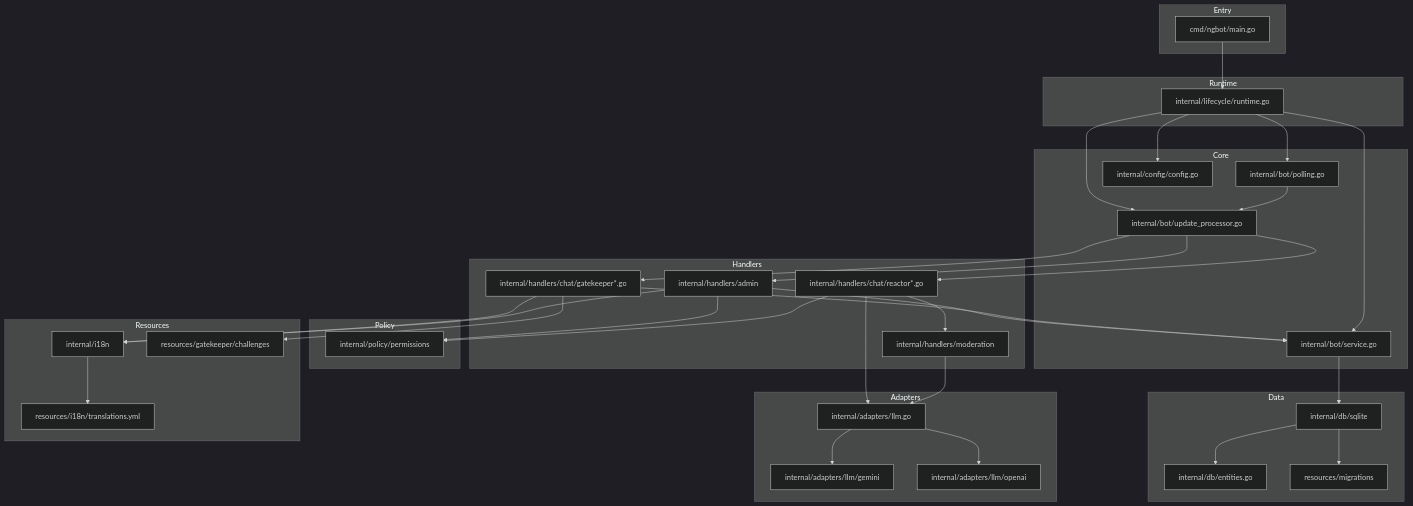
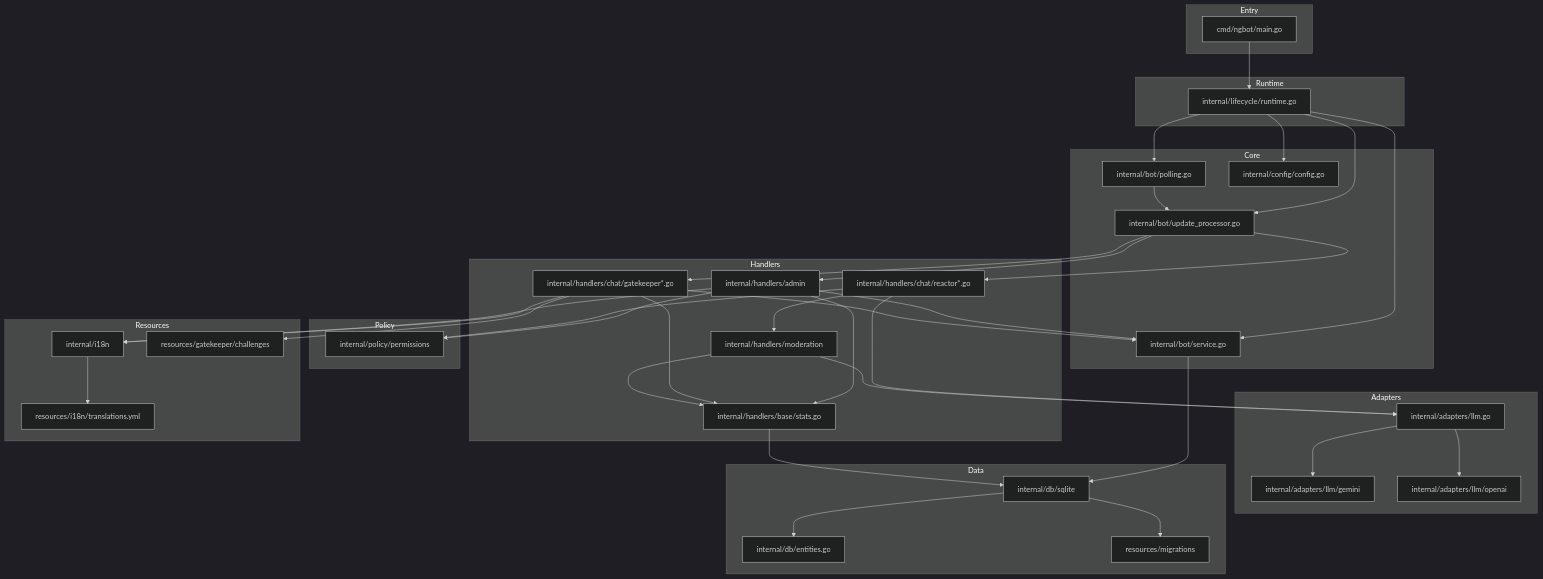
The first of 10 diagrams in docs/CODEBASE_MAP.md (iamwavecut/ngbot), drawn with Mermaid (dark theme) before and after one commit. The commit also changed other lines of this file and 6 other files, not shown here.

Commit message:
feat: update CODEBASE_MAP with new last mapped date and total files/tokens; enhance ngbot description with daily statistics tracking, and add new stats subsystem for improved moderation capabilities

````diff
--- a/docs/CODEBASE_MAP.md
+++ b/docs/CODEBASE_MAP.md
@@ -34,6 +34,7 @@
         Gatekeeper[internal/handlers/chat/gatekeeper*.go]
         Reactor[internal/handlers/chat/reactor*.go]
         Moderation[internal/handlers/moderation]
+        Stats[internal/handlers/base/stats.go]
     end
 
     subgraph Adapters
@@ -89,4 +90,8 @@
 
     Admin --> Permissions
     Reactor --> Permissions
+    Admin --> Stats
+    Gatekeeper --> Stats
+    Moderation --> Stats
+    Stats --> SQLite
 ```
````
